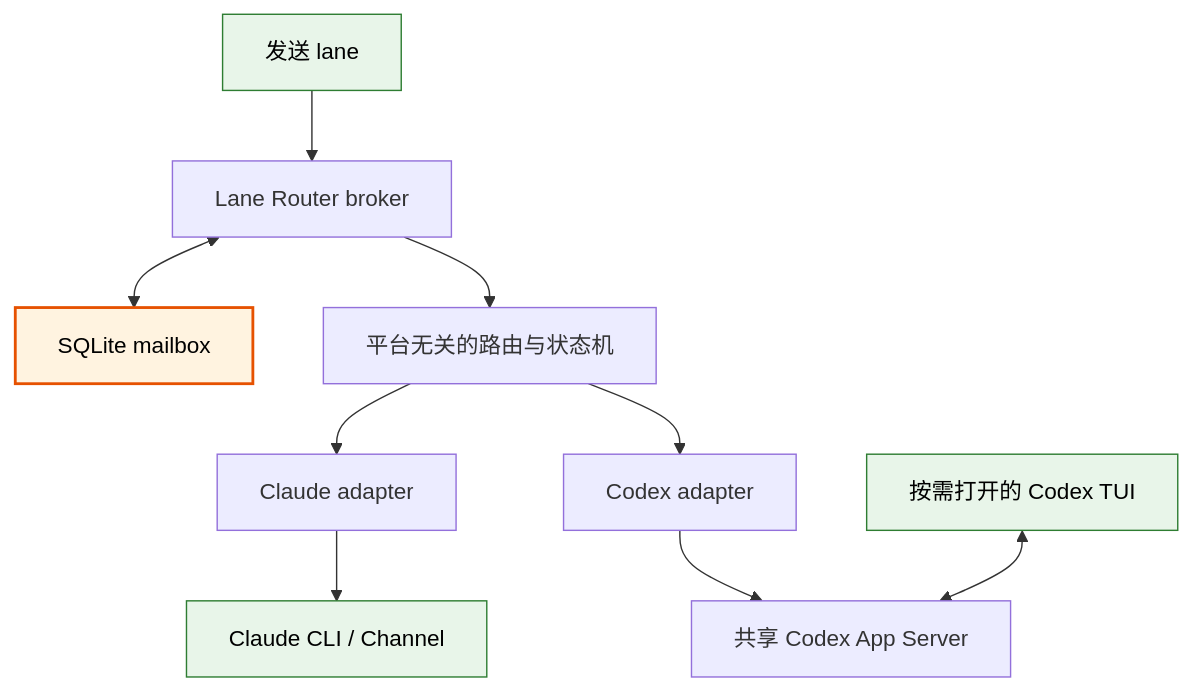
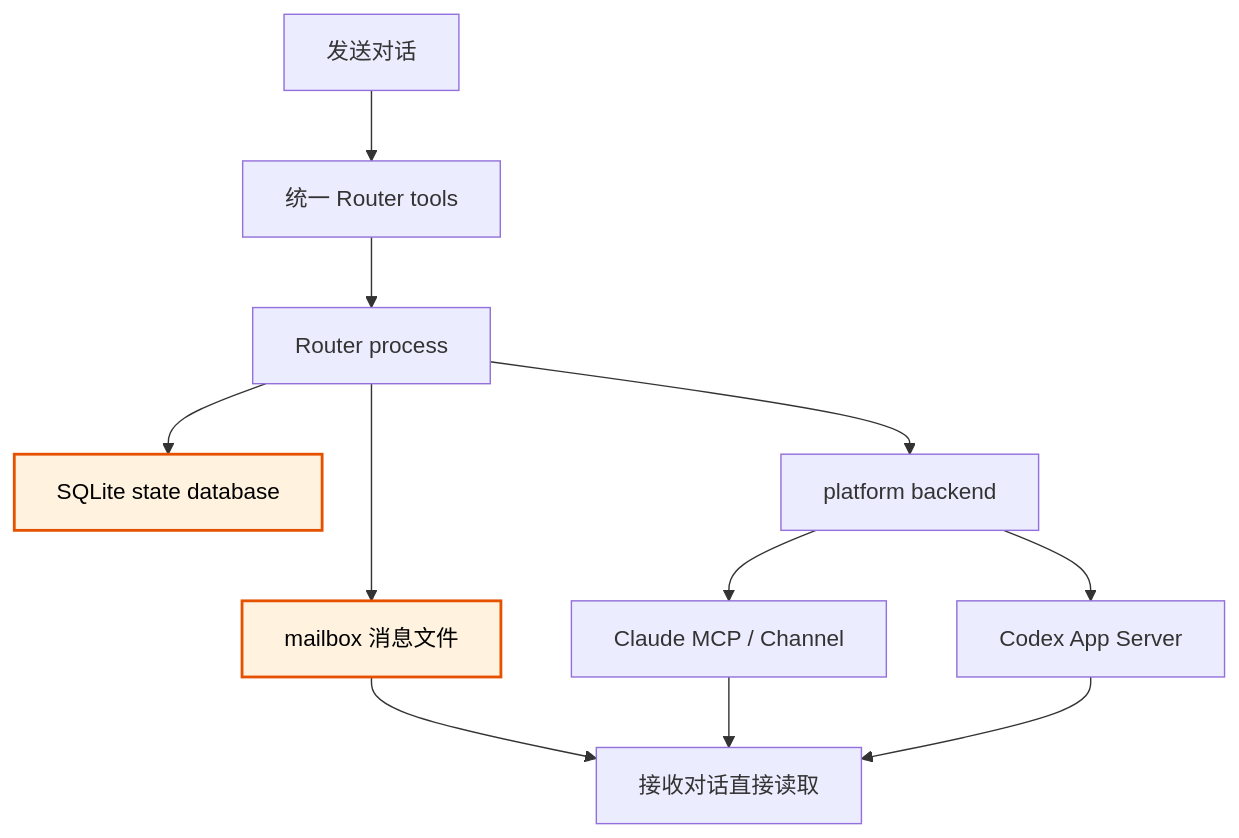
One commit to MotionlessPeri/lane-router changed the first of 3 diagrams in docs/superpowers/specs/2026-08-07-lane-router-design.md. Above: the diagram before and after it, drawn with Mermaid. The commit also changed other lines of this file and 81 other files, not shown here.

Commit message:
refactor: remove legacy lane router scope

````diff
--- a/docs/superpowers/specs/2026-08-07-lane-router-design.md
+++ b/docs/superpowers/specs/2026-08-07-lane-router-design.md
@@ -75,16 +34,16 @@
 ```mermaid
-flowchart TB
-    Sender["发送 lane"] --> Broker["Lane Router broker"]
-    Broker <--> DB["SQLite mailbox"]
-    Broker --> Core["平台无关的路由与状态机"]
-    Core --> ClaudeAdapter["Claude adapter"]
-    Core --> CodexAdapter["Codex adapter"]
-    ClaudeAdapter --> ClaudeCLI["Claude CLI / Channel"]
-    CodexAdapter --> AppServer["共享 Codex App Server"]
-    CodexTUI["按需打开的 Codex TUI"] <--> AppServer
+flowchart TD
+    Sender["发送对话"] --> Tools["统一 Router tools"]
+    Tools --> Router["Router process"]
+    Router --> State["SQLite state database"]
+    Router --> Files["mailbox 消息文件"]
+    Router --> Backend["platform backend"]
+    Backend --> Claude["Claude MCP / Channel"]
+    Backend --> Codex["Codex App Server"]
+    Files --> Receiver["接收对话直接读取"]
+    Claude --> Receiver
+    Codex --> Receiver
 
-    classDef source fill:#e8f5e9,stroke:#2e7d32,color:#000;
     classDef durable fill:#fff3e0,stroke:#e65100,color:#000,stroke-width:2px;
-    class DB durable;
-    class Sender,ClaudeCLI,CodexTUI source;
+    class State,Files durable;
 ```
````
